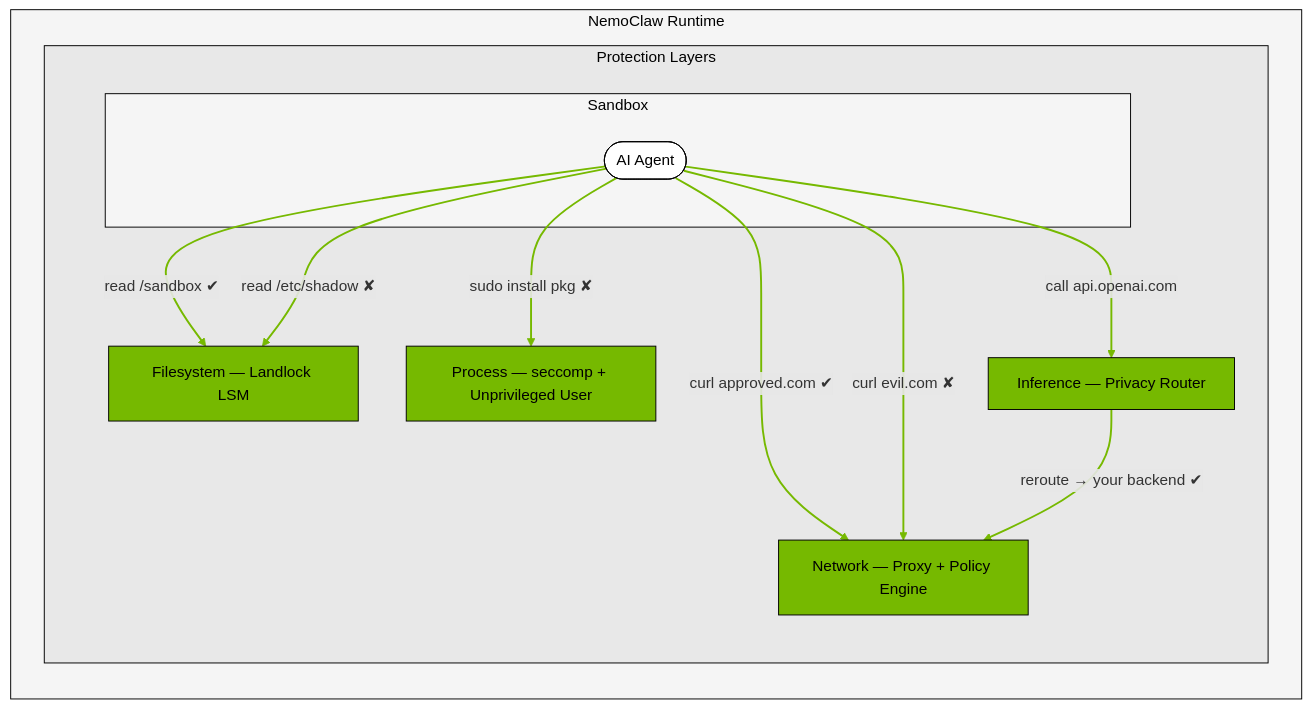
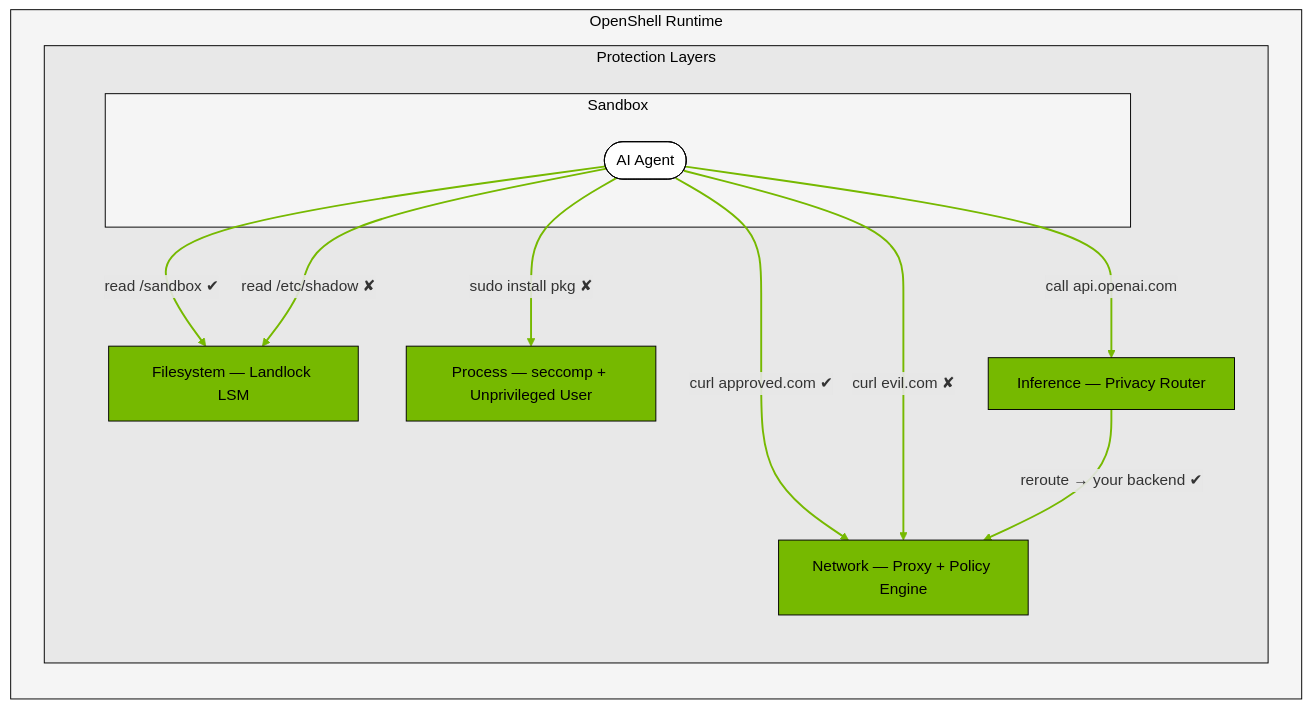
One commit to NVIDIA/OpenShell changed the diagram in docs/safety-and-privacy/index.md. Above: the diagram before and after it, drawn with Mermaid. The commit also changed other lines of this file and 25 other files, not shown here.

````diff
--- a/docs/safety-and-privacy/index.md
+++ b/docs/safety-and-privacy/index.md
@@ -12,38 +12,38 @@
 ```{mermaid}
 graph TB
-    subgraph runtime["NemoClaw Runtime"]
+    subgraph runtime["OpenShell Runtime"]
         direction TB
 
         subgraph layers["Protection Layers"]
             direction TB
 
             fs["Filesystem — Landlock LSM"]
             net["Network — Proxy + Policy Engine"]
             proc["Process — seccomp + Unprivileged User"]
             inf["Inference — Privacy Router"]
 
             subgraph sandbox["Sandbox"]
                 agent(["AI Agent"])
             end
         end
     end
 
     agent -- "read /sandbox ✔" --> fs
     agent -- "read /etc/shadow ✘" --> fs
     agent -- "curl approved.com ✔" --> net
     agent -- "curl evil.com ✘" --> net
     agent -- "sudo install pkg ✘" --> proc
     agent -- "call api.openai.com" --> inf
     inf -- "reroute → your backend ✔" --> net
 
     style runtime fill:#f5f5f5,stroke:#000000,color:#000000
     style layers fill:#e8e8e8,stroke:#000000,color:#000000
     style sandbox fill:#f5f5f5,stroke:#000000,color:#000000
     style agent fill:#ffffff,stroke:#000000,color:#000000
     style fs fill:#76b900,stroke:#000000,color:#000000
     style net fill:#76b900,stroke:#000000,color:#000000
     style proc fill:#76b900,stroke:#000000,color:#000000
     style inf fill:#76b900,stroke:#000000,color:#000000
 
     linkStyle default stroke:#76b900,stroke-width:2px
 ```
````
